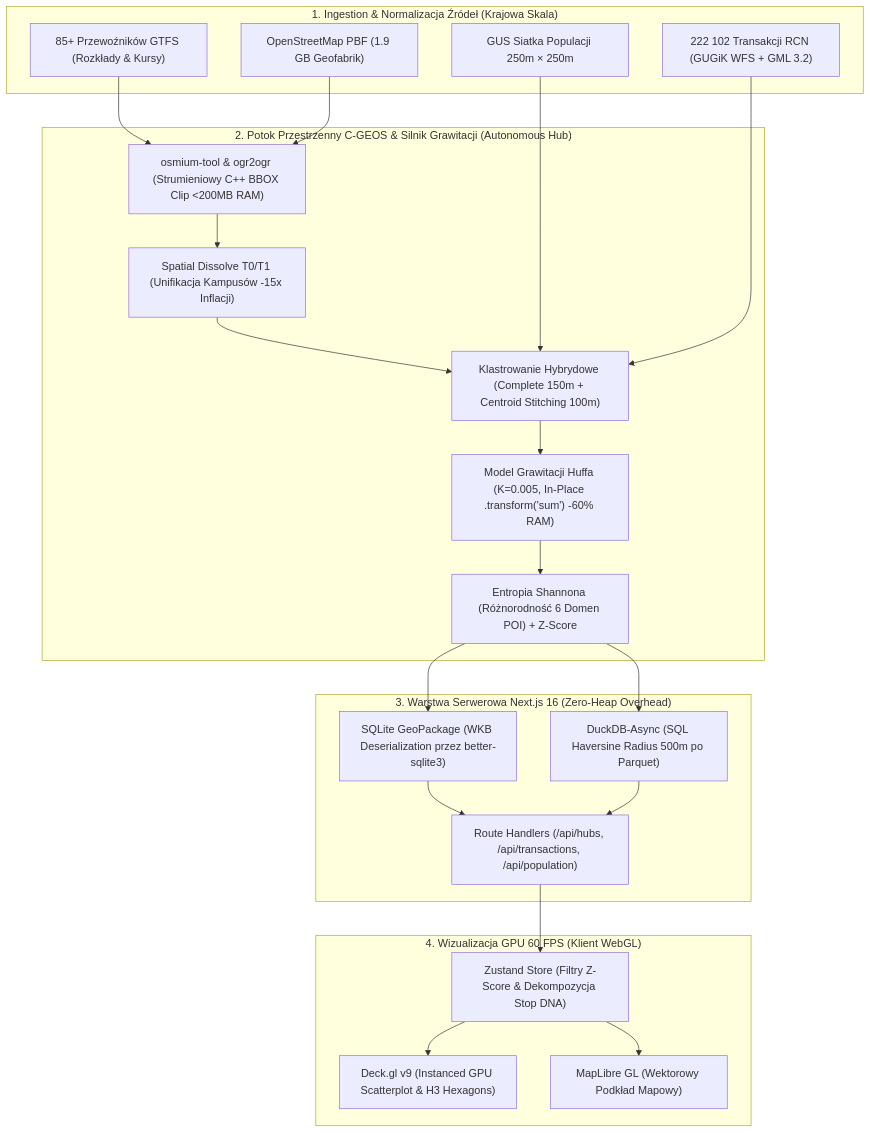
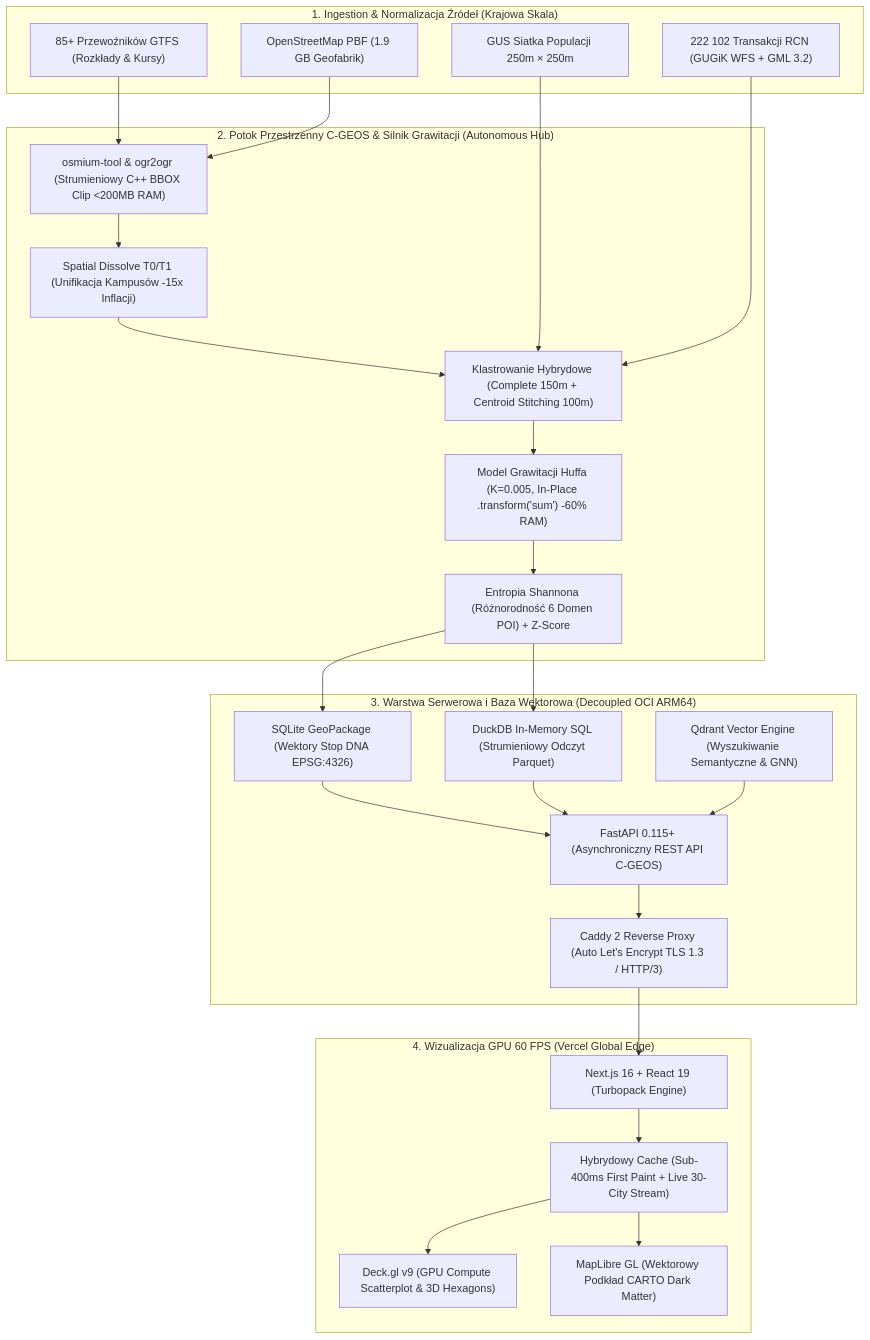
One commit to Gzyms69/busos changed the first of 2 diagrams in README.md. Above: the diagram before and after it, drawn with Mermaid. The commit also changed other lines of this file and 2 other files, not shown here.

Commit message:
chore: fix duplicate caddy cors header and update decoupled architecture documentation

````diff
--- a/README.md
+++ b/README.md
@@ -67,34 +74,39 @@
 ```mermaid
 flowchart TD
     subgraph Ingestion["1. Ingestion & Normalizacja Źródeł (Krajowa Skala)"]
         GTFS["85+ Przewoźników GTFS (Rozkłady & Kursy)"]
         OSM["OpenStreetMap PBF (1.9 GB Geofabrik)"]
         GUS["GUS Siatka Populacji 250m × 250m"]
         RCN["222 102 Transakcji RCN (GUGiK WFS + GML 3.2)"]
     end
 
     subgraph Spatial_Core["2. Potok Przestrzenny C-GEOS & Silnik Grawitacji (Autonomous Hub)"]
         Osmium["osmium-tool & ogr2ogr (Strumieniowy C++ BBOX Clip <200MB RAM)"]
         Dissolve["Spatial Dissolve T0/T1 (Unifikacja Kampusów -15x Inflacji)"]
         Cluster["Klastrowanie Hybrydowe (Complete 150m + Centroid Stitching 100m)"]
         Huff["Model Grawitacji Huffa (K=0.005, In-Place .transform('sum') -60% RAM)"]
         Shannon["Entropia Shannona (Różnorodność 6 Domen POI) + Z-Score"]
     end
 
-    subgraph Serving["3. Warstwa Serwerowa Next.js 16 (Zero-Heap Overhead)"]
-        GPKG["SQLite GeoPackage (WKB Deserialization przez better-sqlite3)"]
-        DuckDB["DuckDB-Async (SQL Haversine Radius 500m po Parquet)"]
-        API["Route Handlers (/api/hubs, /api/transactions, /api/population)"]
+    subgraph Serving["3. Warstwa Serwerowa i Baza Wektorowa (Decoupled OCI ARM64)"]
+        Caddy["Caddy 2 Reverse Proxy (Auto Let's Encrypt TLS 1.3 / HTTP/3)"]
+        FastAPI["FastAPI 0.115+ (Asynchroniczny REST API C-GEOS)"]
+        DuckDB["DuckDB In-Memory SQL (Strumieniowy Odczyt Parquet)"]
+        Qdrant["Qdrant Vector Engine (Wyszukiwanie Semantyczne & GNN)"]
+        GPKG["SQLite GeoPackage (Wektory Stop DNA EPSG:4326)"]
     end
 
-    subgraph Presentation["4. Wizualizacja GPU 60 FPS (Klient WebGL)"]
-        DeckGL["Deck.gl v9 (Instanced GPU Scatterplot & H3 Hexagons)"]
-        MapLibre["MapLibre GL (Wektorowy Podkład Mapowy)"]
-        Store["Zustand Store (Filtry Z-Score & Dekompozycja Stop DNA)"]
+    subgraph Presentation["4. Wizualizacja GPU 60 FPS (Vercel Global Edge)"]
+        Vercel["Next.js 16 + React 19 (Turbopack Engine)"]
+        DeckGL["Deck.gl v9 (GPU Compute Scatterplot & 3D Hexagons)"]
+        MapLibre["MapLibre GL (Wektorowy Podkład CARTO Dark Matter)"]
+        DualCache["Hybrydowy Cache (Sub-400ms First Paint + Live 30-City Stream)"]
     end
 
     GTFS & OSM --> Osmium --> Dissolve --> Cluster --> Huff --> Shannon
     GUS & RCN --> Cluster
     Shannon --> GPKG & DuckDB
-    GPKG & DuckDB --> API --> Store --> DeckGL & MapLibre
+    GPKG & DuckDB --> FastAPI --> Caddy
+    Qdrant --> FastAPI
+    Caddy --> Vercel --> DualCache --> DeckGL & MapLibre
 ```
````
